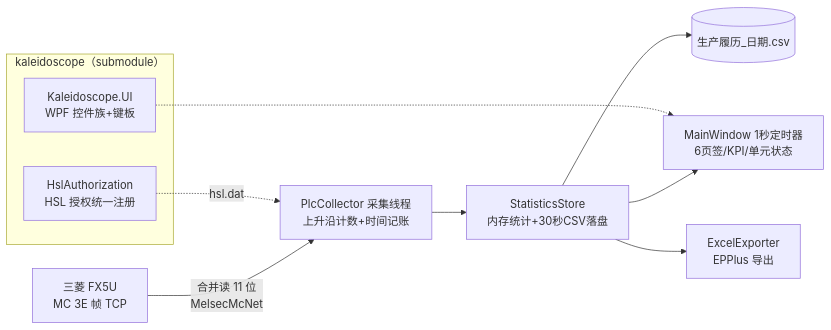
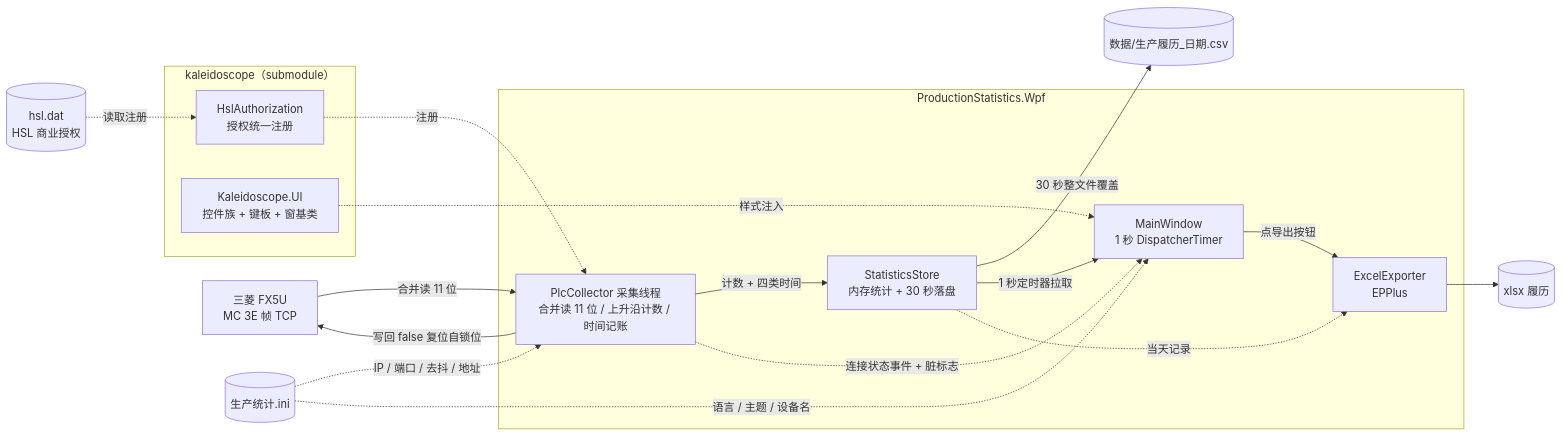
One commit to lq700212/ProductionStatistics changed the diagram in README.md. Above: the diagram before and after it, drawn with Mermaid. The commit also changed other lines of this file and 11 other files, not shown here.

First line of the commit message:
v0.0.4 · 2026-11-19 · README 架构图按真实链路校正

````diff
--- a/README.md
+++ b/README.md
@@ -87,14 +87,34 @@
 ```mermaid
 graph LR
-    PLC[三菱 FX5U<br/>MC 3E 帧 TCP] -->|合并读 11 位<br/>MelsecMcNet| COL[PlcCollector 采集线程<br/>上升沿计数+时间记账]
+    PLC[三菱 FX5U<br/>MC 3E 帧 TCP]
+    LIC[(hsl.dat<br/>HSL 商业授权)]
+    INI[(生产统计.ini)]
+
     subgraph KALE[kaleidoscope（submodule）]
-        AUTH[HslAuthorization<br/>HSL 授权统一注册]
-        UI[Kaleidoscope.UI<br/>WPF 控件族+键板]
+        AUTH[HslAuthorization<br/>授权统一注册]
+        UI[Kaleidoscope.UI<br/>控件族 + 键板 + 窗基类]
     end
-    AUTH -.->|hsl.dat| COL
-    COL --> STORE[StatisticsStore<br/>内存统计+30秒CSV落盘]
-    STORE --> UI1[MainWindow 1秒定时器<br/>6页签/KPI/单元状态]
-    STORE --> CSV[(生产履历_日期.csv)]
-    STORE --> XLS[ExcelExporter<br/>EPPlus 导出]
-    UI -.-> UI1
+
+    subgraph APP[ProductionStatistics.Wpf]
+        COL[PlcCollector 采集线程<br/>合并读 11 位 / 上升沿计数 / 时间记账]
+        STORE[StatisticsStore<br/>内存统计 + 30 秒落盘]
+        EXP[ExcelExporter<br/>EPPlus]
+        MAIN[MainWindow<br/>1 秒 DispatcherTimer]
+    end
+
+    PLC -->|合并读 11 位| COL
+    COL -->|写回 false 复位自锁位| PLC
+    LIC -.->|读取注册| AUTH
+    AUTH -.->|注册| COL
+    INI -.->|IP / 端口 / 去抖 / 地址| COL
+    INI -.->|语言 / 主题 / 设备名| MAIN
+
+    COL -->|计数 + 四类时间| STORE
+    STORE -->|30 秒整文件覆盖| CSV[(数据/生产履历_日期.csv)]
+    STORE -->|1 秒定时器拉取| MAIN
+    MAIN -->|点导出按钮| EXP
+    STORE -.->|当天记录| EXP
+    EXP --> XLSX[(xlsx 履历)]
+    COL -.->|连接状态事件 + 脏标志| MAIN
+    UI -.->|样式注入| MAIN
 ```
````
